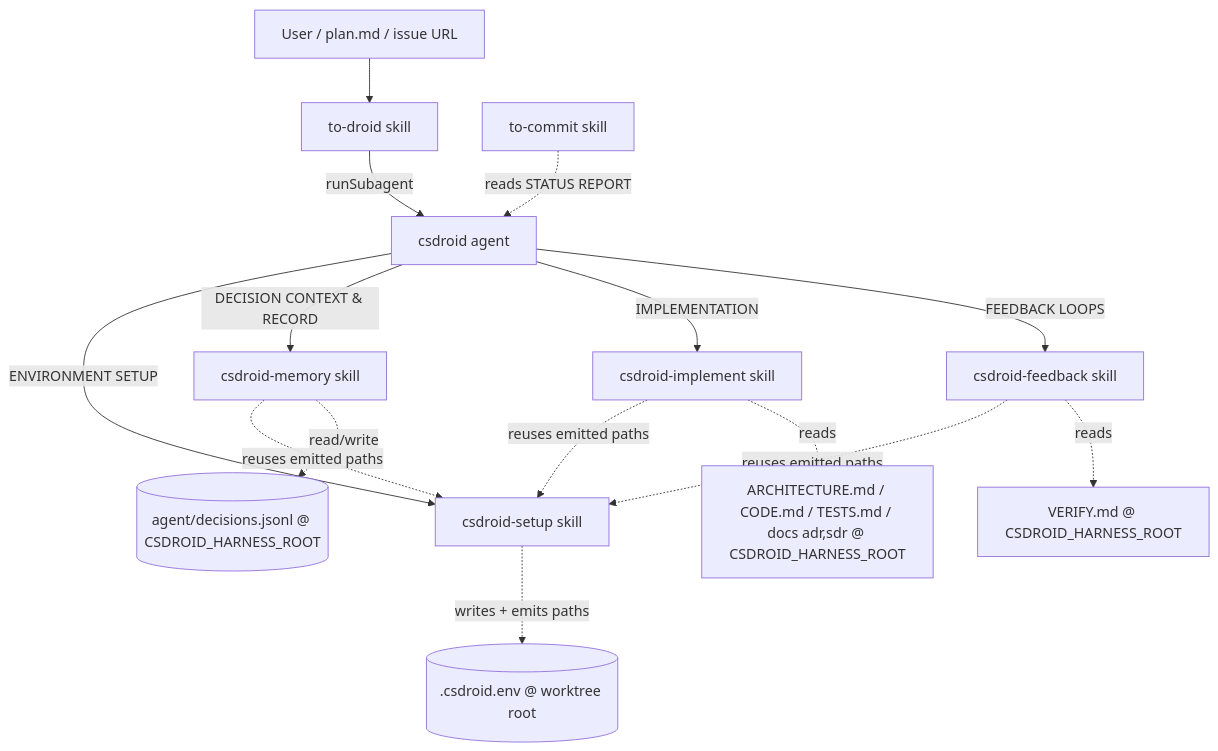
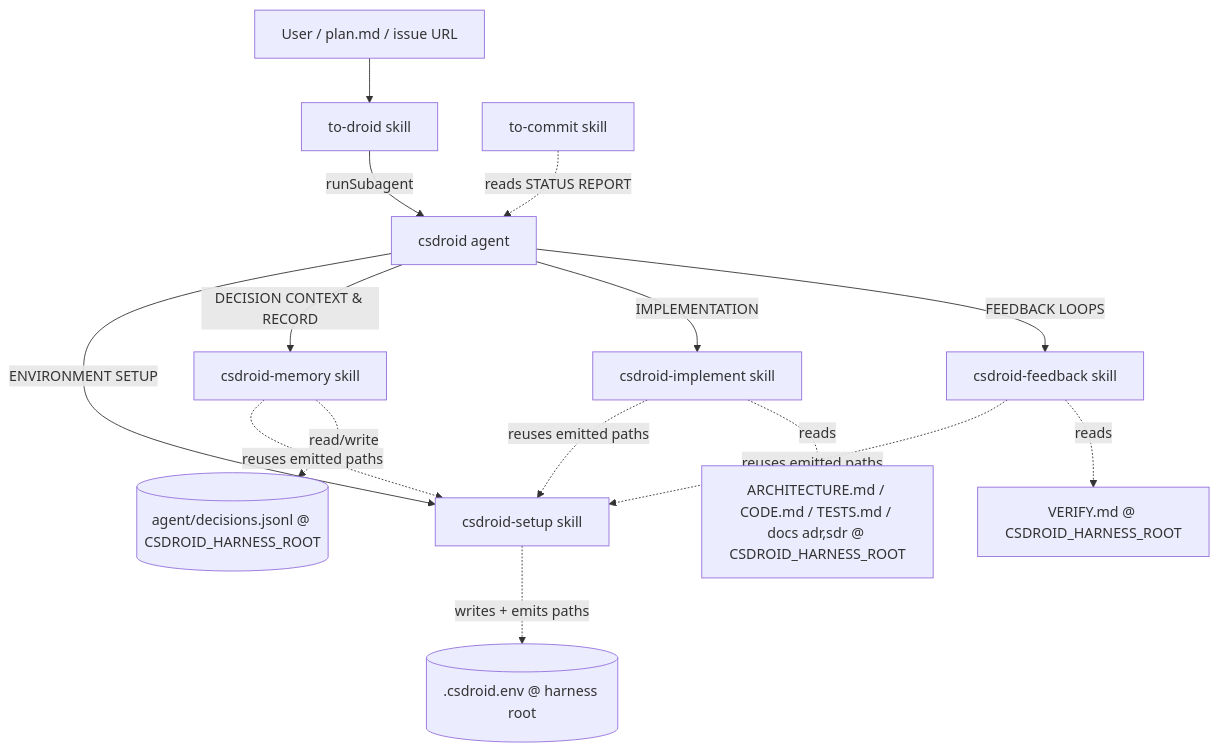
The diagram in plugins/pet/README.md (antshc/brain), drawn with Mermaid before and after one commit. The commit also changed other lines of this file and 4 other files, not shown here.

Commit message:
store the csdroid env in the harness root

````diff
--- a/plugins/pet/README.md
+++ b/plugins/pet/README.md
@@ -28,19 +28,19 @@
 ```mermaid
 graph TD
     U[User / plan.md / issue URL] --> TD[to-droid skill]
     TD -->|runSubagent| AG[csdroid agent]
     AG -->|ENVIRONMENT SETUP| SET[csdroid-setup skill]
     AG -->|DECISION CONTEXT & RECORD| MEM[csdroid-memory skill]
     AG -->|IMPLEMENTATION| IMP[csdroid-implement skill]
     AG -->|FEEDBACK LOOPS| FB[csdroid-feedback skill]
     TC[to-commit skill] -.->|reads STATUS REPORT| AG
 
-    SET -.writes + emits paths.-> ENVF[(.csdroid.env @ worktree root)]
+    SET -.writes + emits paths.-> ENVF[(.csdroid.env @ harness root)]
     MEM -.reuses emitted paths.-> SET
     IMP -.reuses emitted paths.-> SET
     FB -.reuses emitted paths.-> SET
 
     IMP -.reads.-> DOCS[ARCHITECTURE.md / CODE.md / TESTS.md / docs adr,sdr @ CSDROID_HARNESS_ROOT]
     FB -.reads.-> VER[VERIFY.md @ CSDROID_HARNESS_ROOT]
     MEM -.read/write.-> STORE[(agent/decisions.jsonl @ CSDROID_HARNESS_ROOT)]
 ```
````
